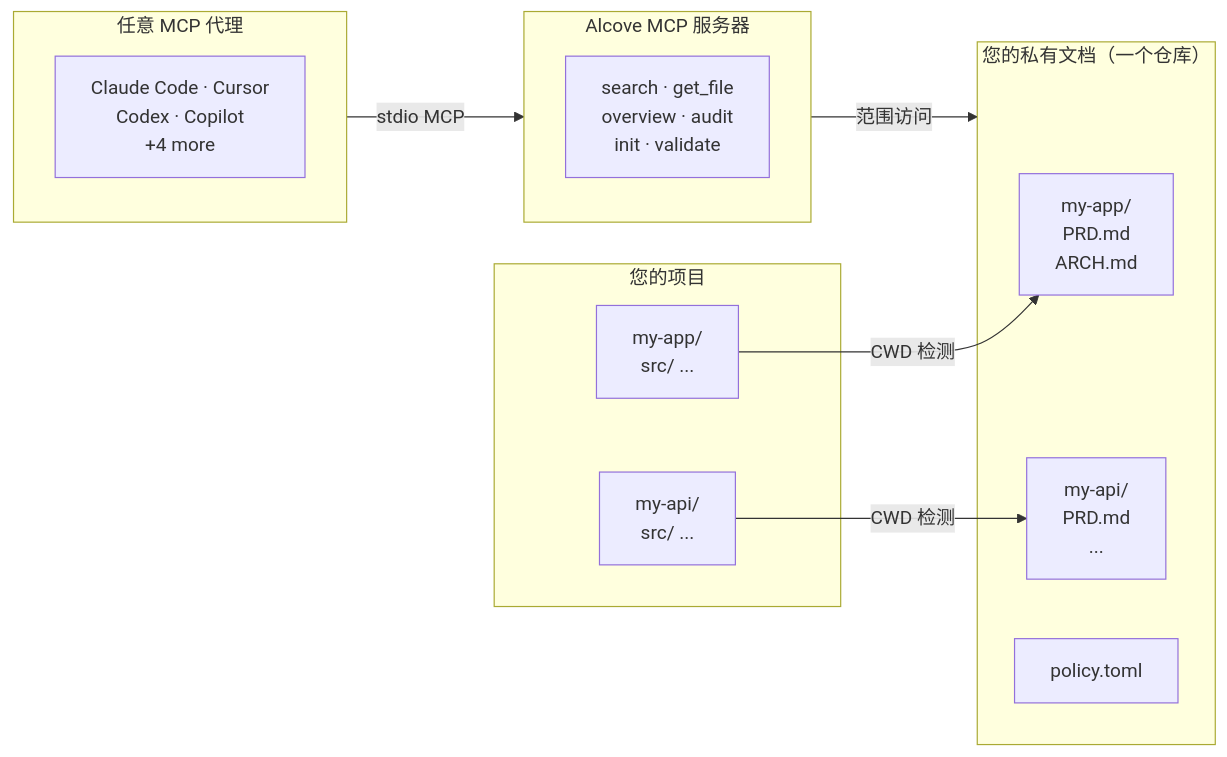
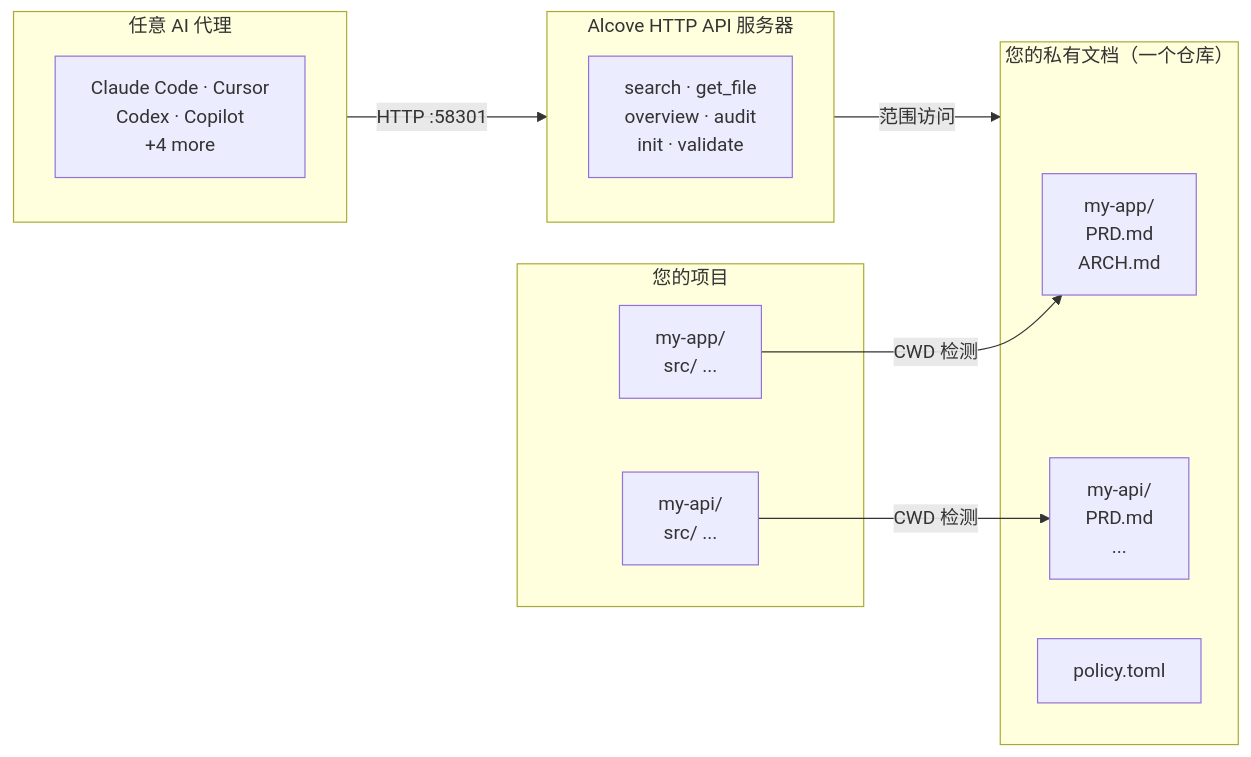
One commit to epicsagas/alcove changed the diagram in docs/README.zh-CN.md. Above: the diagram before and after it, drawn with Mermaid. The commit also changed other lines of this file and 11 other files, not shown here.

Commit message:
fix(skill): rename MCP section to API Proxy

````diff
--- a/docs/README.zh-CN.md
+++ b/docs/README.zh-CN.md
@@ -288,26 +290,26 @@
 ```mermaid
 flowchart LR
     subgraph Projects["您的项目"]
         A1["my-app/\n  src/ ..."]
         A2["my-api/\n  src/ ..."]
     end
 
     subgraph Docs["您的私有文档（一个仓库）"]
         D1["my-app/\n  PRD.md\n  ARCH.md"]
         D2["my-api/\n  PRD.md\n  ..."]
         P1["policy.toml"]
     end
 
-    subgraph Agents["任意 MCP 代理"]
+    subgraph Agents["任意 AI 代理"]
         AG["Claude Code · Cursor\nCodex · Copilot\n+4 more"]
     end
 
-    subgraph MCP["Alcove MCP 服务器"]
+    subgraph API["Alcove HTTP API 服务器"]
         T["search · get_file\noverview · audit\ninit · validate"]
     end
 
     A1 -- "CWD 检测" --> D1
     A2 -- "CWD 检测" --> D2
-    Agents -- "stdio MCP" --> MCP
-    MCP -- "范围访问" --> Docs
+    Agents -- "HTTP :58301" --> API
+    API -- "范围访问" --> Docs
 ```
````
